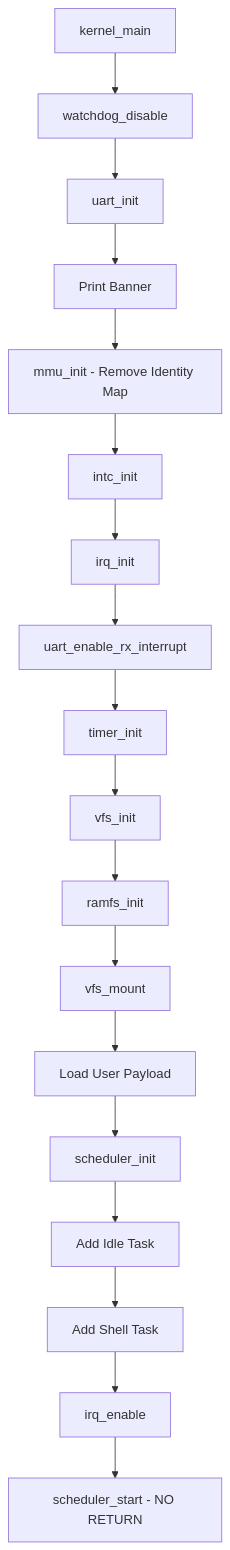
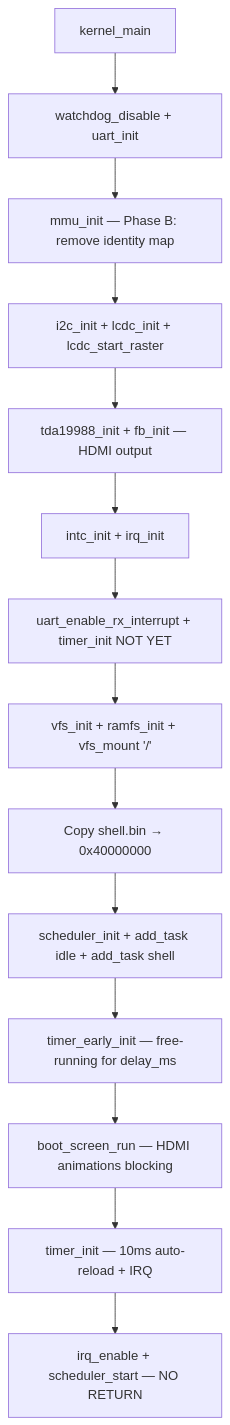
One commit to MizuCaster/Vinix-OS changed the diagram in VinixOS/docs/02-kernel-initialization.md. Above: the diagram before and after it, drawn with Mermaid. The commit also changed other lines of this file and 18 other files, not shown here.

````diff
--- a/VinixOS/docs/02-kernel-initialization.md
+++ b/VinixOS/docs/02-kernel-initialization.md
@@ -11,20 +11,16 @@
 ```mermaid
 graph TD
-    A[kernel_main] --> B[watchdog_disable]
-    B --> C[uart_init]
-    C --> D[Print Banner]
-    D --> E[mmu_init - Remove Identity Map]
-    E --> F[intc_init]
-    F --> G[irq_init]
-    G --> H[uart_enable_rx_interrupt]
-    H --> I[timer_init]
-    I --> J[vfs_init]
-    J --> K[ramfs_init]
-    K --> L[vfs_mount]
-    L --> M[Load User Payload]
-    M --> N[scheduler_init]
-    N --> O[Add Idle Task]
-    O --> P[Add Shell Task]
-    P --> Q[irq_enable]
-    Q --> R[scheduler_start - NO RETURN]
+    A[kernel_main] --> B[watchdog_disable + uart_init]
+    B --> C[mmu_init — Phase B: remove identity map]
+    C --> D[i2c_init + lcdc_init + lcdc_start_raster]
+    D --> E[tda19988_init + fb_init — HDMI output]
+    E --> F[intc_init + irq_init]
+    F --> G[uart_enable_rx_interrupt + timer_init NOT YET]
+    G --> H[vfs_init + ramfs_init + vfs_mount '/']
+    H --> I[Copy shell.bin → 0x40000000]
+    I --> J[scheduler_init + add_task idle + add_task shell]
+    J --> K[timer_early_init — free-running for delay_ms]
+    K --> L[boot_screen_run — HDMI animations blocking]
+    L --> M[timer_init — 10ms auto-reload + IRQ]
+    M --> N[irq_enable + scheduler_start — NO RETURN]
 ```
````
